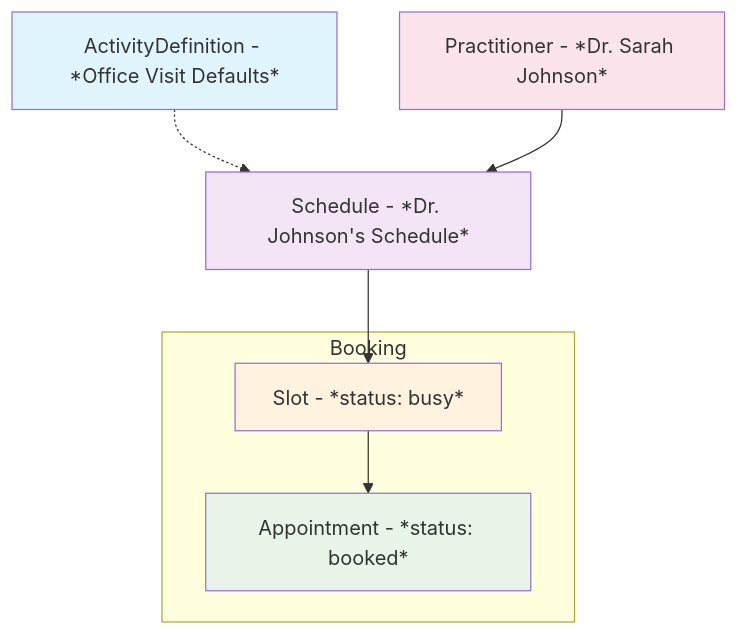
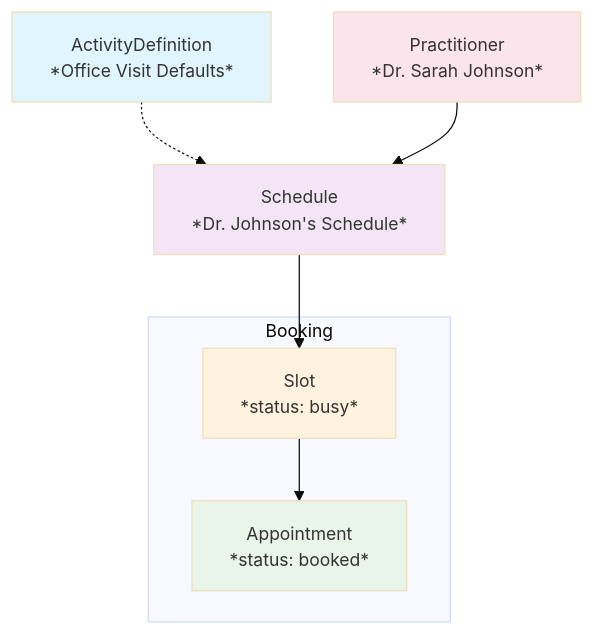
The second of 5 diagrams in packages/docs/docs/scheduling/defining-availability.md (medplum/medplum), drawn with Mermaid before and after one commit. The commit also changed other lines of this file, not shown here.

````diff
--- a/packages/docs/docs/scheduling/defining-availability.md
+++ b/packages/docs/docs/scheduling/defining-availability.md
@@ -448,17 +449,18 @@
 ```mermaid
+%%{init: {'theme':'base', 'themeVariables': {'fontSize':'14px'}, 'flowchart': {'useMaxWidth': false, 'htmlLabels': true}}}%%
 graph TD
-    A[ActivityDefinition - *Office Visit Defaults*] -.-> B[Schedule - *Dr. Johnson's Schedule*]
-    C[Practitioner - *Dr. Sarah Johnson*] --> B
+    A[ActivityDefinition<br/>*Office Visit Defaults*] -.-> B[Schedule<br/>*Dr. Johnson's Schedule*]
+    C[Practitioner<br/>*Dr. Sarah Johnson*] --> B
 
-    B --> D[Slot - *status: busy*]
+    B --> D[Slot<br/>*status: busy*]
 
     subgraph "Booking"
-        D --> E[Appointment - *status: booked*]
+        D --> E[Appointment<br/>*status: booked*]
     end
 
     style A fill:#e1f5fe
     style B fill:#f3e5f5
     style C fill:#fce4ec
     style D fill:#fff3e0
     style E fill:#e8f5e8
 ```
````
